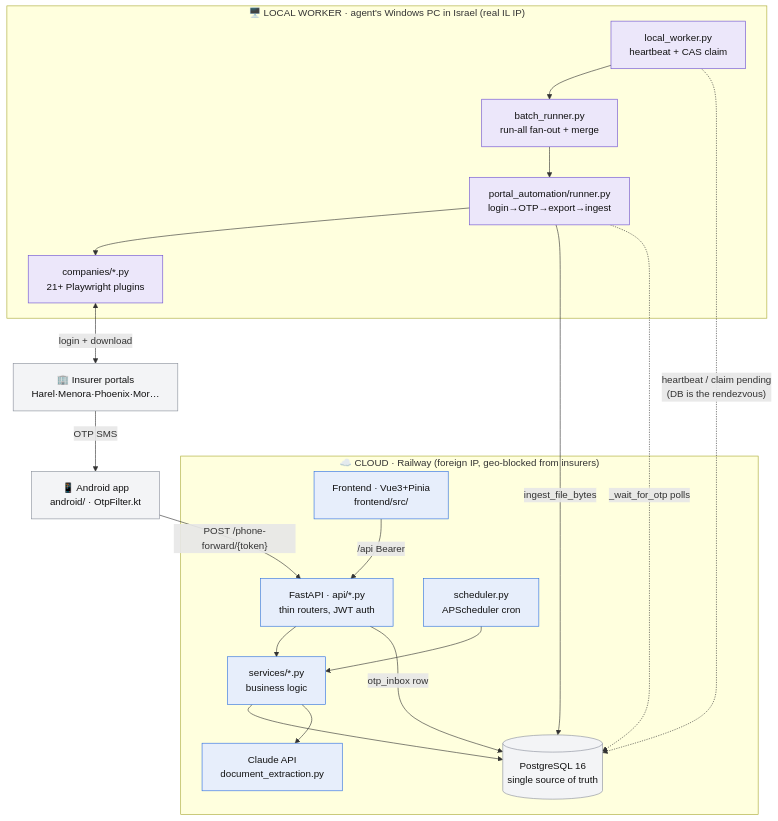
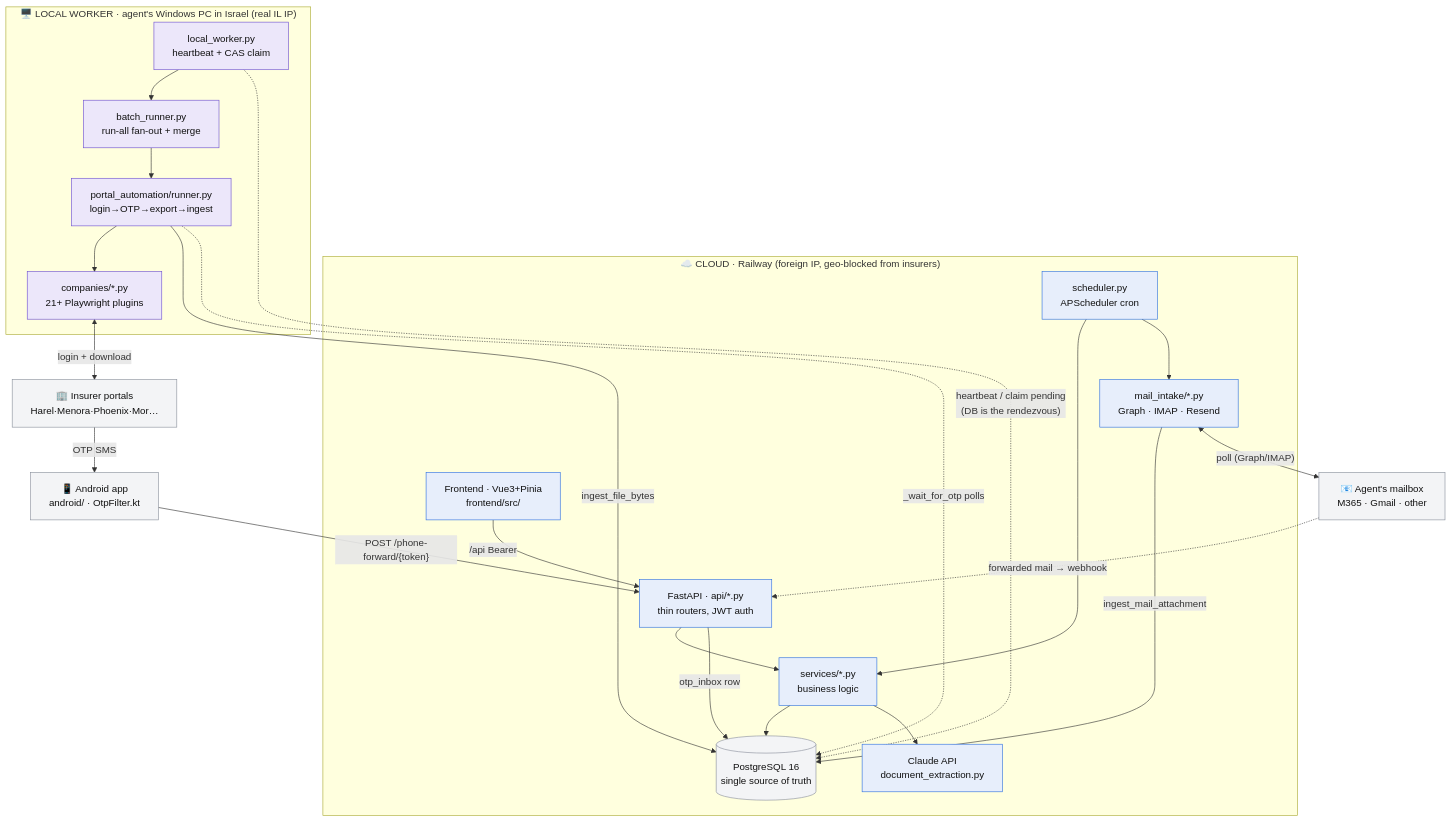
One commit to FSTGIAT/nifraim changed the first of 3 diagrams in docs/ARCHITECTURE.md. Above: the diagram before and after it, drawn with Mermaid. The commit also changed other lines of this file and 28 other files, not shown here.

````diff
--- a/docs/ARCHITECTURE.md
+++ b/docs/ARCHITECTURE.md
@@ -29,42 +31,49 @@
 ```mermaid
 graph TB
     subgraph CLOUD["☁️ CLOUD · Railway (foreign IP, geo-blocked from insurers)"]
         FE["Frontend · Vue3+Pinia<br/>frontend/src/"]
         API["FastAPI · api/*.py<br/>thin routers, JWT auth"]
         SVC["services/*.py<br/>business logic"]
         DB[("PostgreSQL 16<br/>single source of truth")]
         SCHED["scheduler.py<br/>APScheduler cron"]
         CLAUDE["Claude API<br/>document_extraction.py"]
+        MAIL["mail_intake/*.py<br/>Graph · IMAP · Resend"]
         FE -->|/api Bearer| API
         API --> SVC
         SVC --> DB
         SCHED --> SVC
+        SCHED --> MAIL
         SVC --> CLAUDE
+        MAIL -->|"ingest_mail_attachment"| DB
     end
 
     subgraph LOCAL["🖥️ LOCAL WORKER · agent's Windows PC in Israel (real IL IP)"]
         WK["local_worker.py<br/>heartbeat + CAS claim"]
         RUN["portal_automation/runner.py<br/>login→OTP→export→ingest"]
         BATCH["batch_runner.py<br/>run-all fan-out + merge"]
         PLUG["companies/*.py<br/>21+ Playwright plugins"]
         WK --> BATCH --> RUN --> PLUG
     end
 
     PHONE["📱 Android app<br/>android/ · OtpFilter.kt"]
     INS["🏢 Insurer portals<br/>Harel·Menora·Phoenix·Mor…"]
+    BOX["📧 Agent's mailbox<br/>M365 · Gmail · other"]
 
     WK -.->|"heartbeat / claim pending<br/>(DB is the rendezvous)"| DB
     RUN -->|"ingest_file_bytes"| DB
     PLUG <-->|"login + download"| INS
     INS -->|"OTP SMS"| PHONE
     PHONE -->|"POST /phone-forward/{token}"| API
     API -->|"otp_inbox row"| DB
     RUN -.->|"_wait_for_otp polls"| DB
 
+    MAIL <-->|"poll (Graph/IMAP)"| BOX
+    BOX -.->|"forwarded mail → webhook"| API
+
     classDef cloud fill:#E7EEFB,stroke:#2D6FE0,color:#111;
     classDef local fill:#ECE7FA,stroke:#6D4FD0,color:#111;
     classDef ext fill:#F3F4F6,stroke:#8A909C,color:#111;
-    class FE,API,SVC,SCHED,CLAUDE cloud;
+    class FE,API,SVC,SCHED,CLAUDE,MAIL cloud;
     class WK,RUN,BATCH,PLUG local;
-    class PHONE,INS,DB ext;
+    class PHONE,INS,BOX,DB ext;
 ```
````
